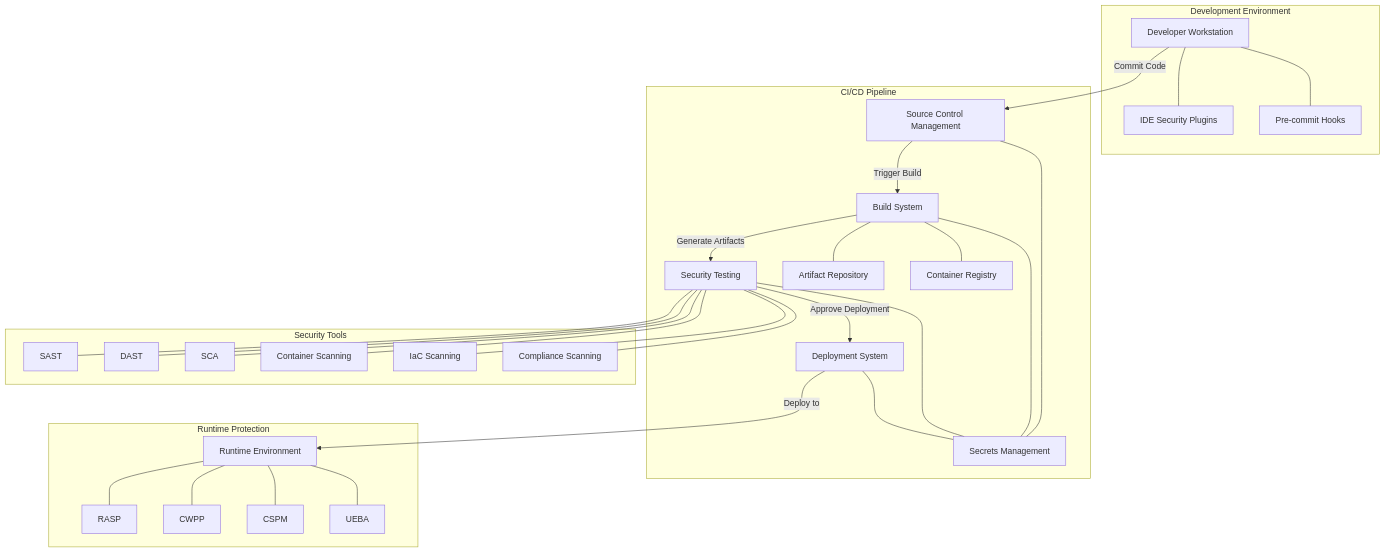
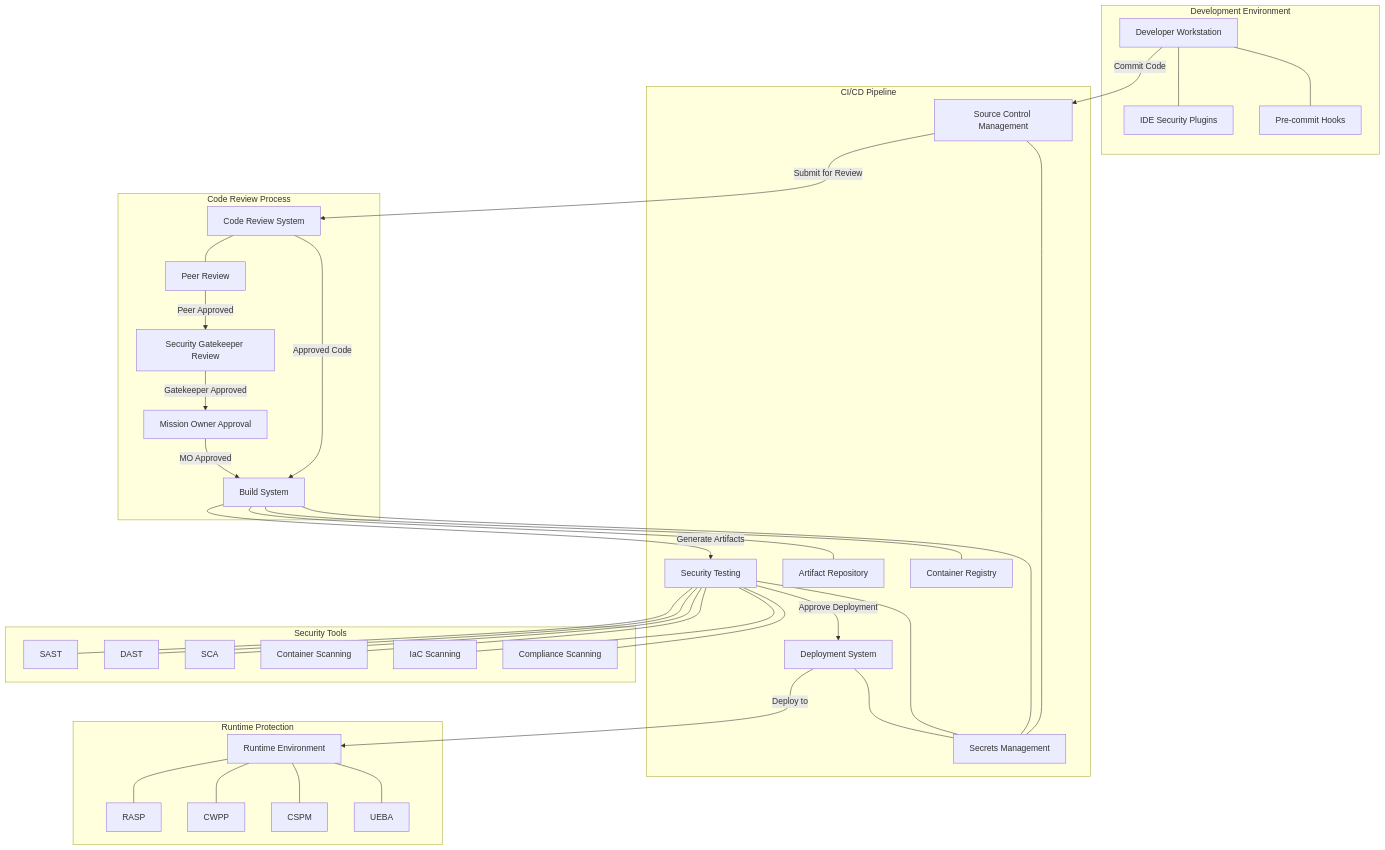
One commit to dbjwhs/dod_devops changed the diagram in cicd/dod_compliant_sec_devops.md. Above: the diagram before and after it, drawn with Mermaid. The commit also changed other lines of this file, not shown here.

Commit message:
adding review flow dev->gk->mo to initial document

````diff
--- a/cicd/dod_compliant_sec_devops.md
+++ b/cicd/dod_compliant_sec_devops.md
@@ -7,61 +7,74 @@
 ```mermaid
 graph TD
     A[Developer Workstation] -->|Commit Code| B[Source Control Management]
-    B -->|Trigger Build| C[Build System]
+    B -->|Submit for Review| Z[Code Review System]
+    Z -->|Approved Code| C[Build System]
     C -->|Generate Artifacts| D[Security Testing]
     D -->|Approve Deployment| E[Deployment System]
     E -->|Deploy to| F[Runtime Environment]
 
     subgraph "Development Environment"
         A
         G[IDE Security Plugins]
         H[Pre-commit Hooks]
         A --- G
         A --- H
+    end
+
+    subgraph "Code Review Process"
+        Z
+        Z1[Peer Review]
+        Z2[Security Gatekeeper Review]
+        Z3[Mission Owner Approval]
+
+        Z --- Z1
+        Z1 -->|Peer Approved| Z2
+        Z2 -->|Gatekeeper Approved| Z3
+        Z3 -->|MO Approved| C
     end
 
     subgraph "CI/CD Pipeline"
         B
         C
         D
         E
         I[Artifact Repository]
         J[Container Registry]
         K[Secrets Management]
 
         C --- I
         C --- J
         B --- K
         C --- K
         D --- K
         E --- K
     end
 
     subgraph "Security Tools"
         L[SAST]
         M[DAST]
         N[SCA]
         O[Container Scanning]
         P[IaC Scanning]
         Q[Compliance Scanning]
 
         D --- L
         D --- M
         D --- N
         D --- O
         D --- P
         D --- Q
     end
 
     subgraph "Runtime Protection"
         R[RASP]
         S[CWPP]
         T[CSPM]
         U[UEBA]
 
         F --- R
         F --- S
         F --- T
         F --- U
     end
 ```
````
